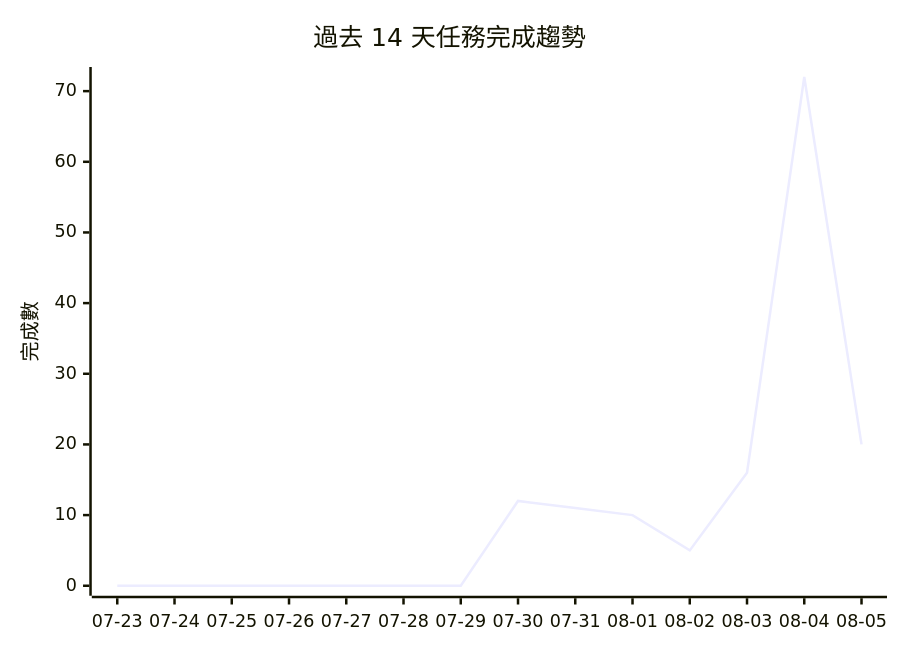
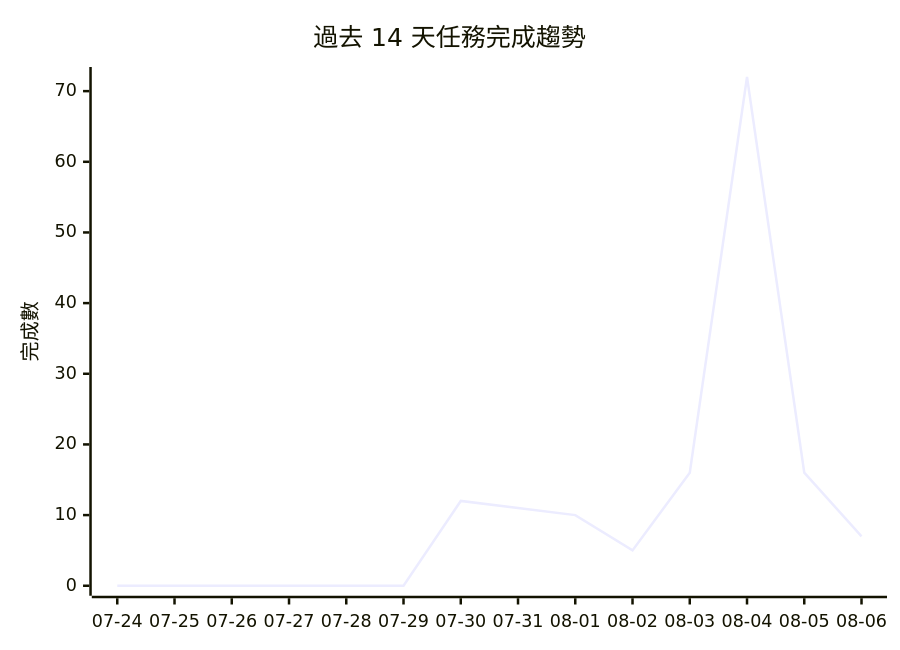
The diagram in PROJECTS.md (gentoobreaking/ai-tasks), drawn with Mermaid before and after one commit. The commit also changed other lines of this file and 76 other files, not shown here.

````diff
--- a/PROJECTS.md
+++ b/PROJECTS.md
@@ -198,7 +191,7 @@
 ```mermaid
 xychart-beta
     title "過去 14 天任務完成趨勢"
-    x-axis ["07-23", "07-24", "07-25", "07-26", "07-27", "07-28", "07-29", "07-30", "07-31", "08-01", "08-02", "08-03", "08-04", "08-05"]
+    x-axis ["07-24", "07-25", "07-26", "07-27", "07-28", "07-29", "07-30", "07-31", "08-01", "08-02", "08-03", "08-04", "08-05", "08-06"]
     y-axis "完成數" 0 --> 72
-    line [0, 0, 0, 0, 0, 0, 0, 12, 11, 10, 5, 16, 72, 20]
+    line [0, 0, 0, 0, 0, 0, 12, 11, 10, 5, 16, 72, 16, 7]
 ```
````
